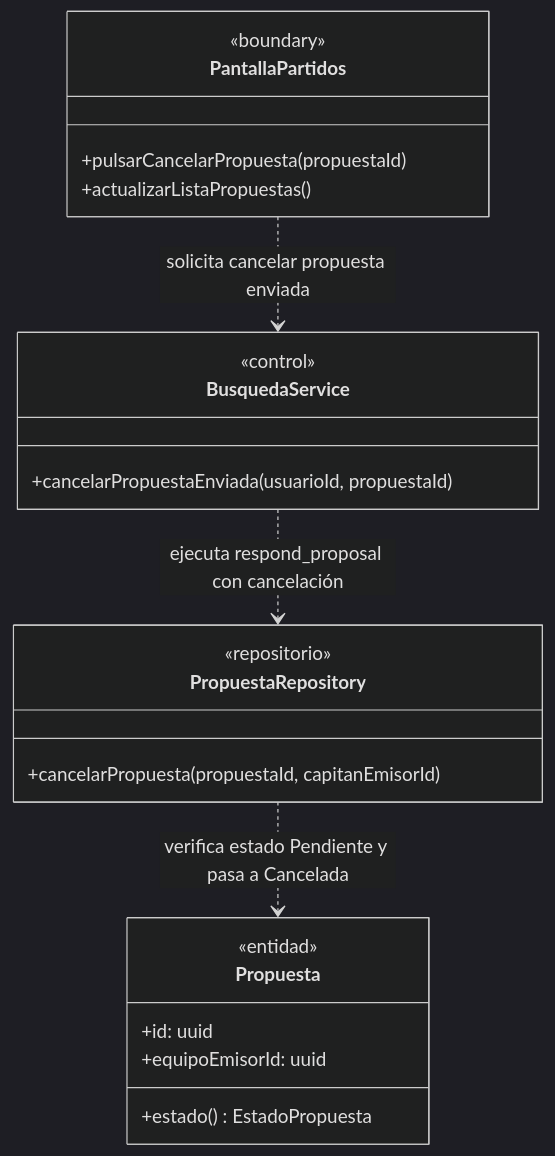
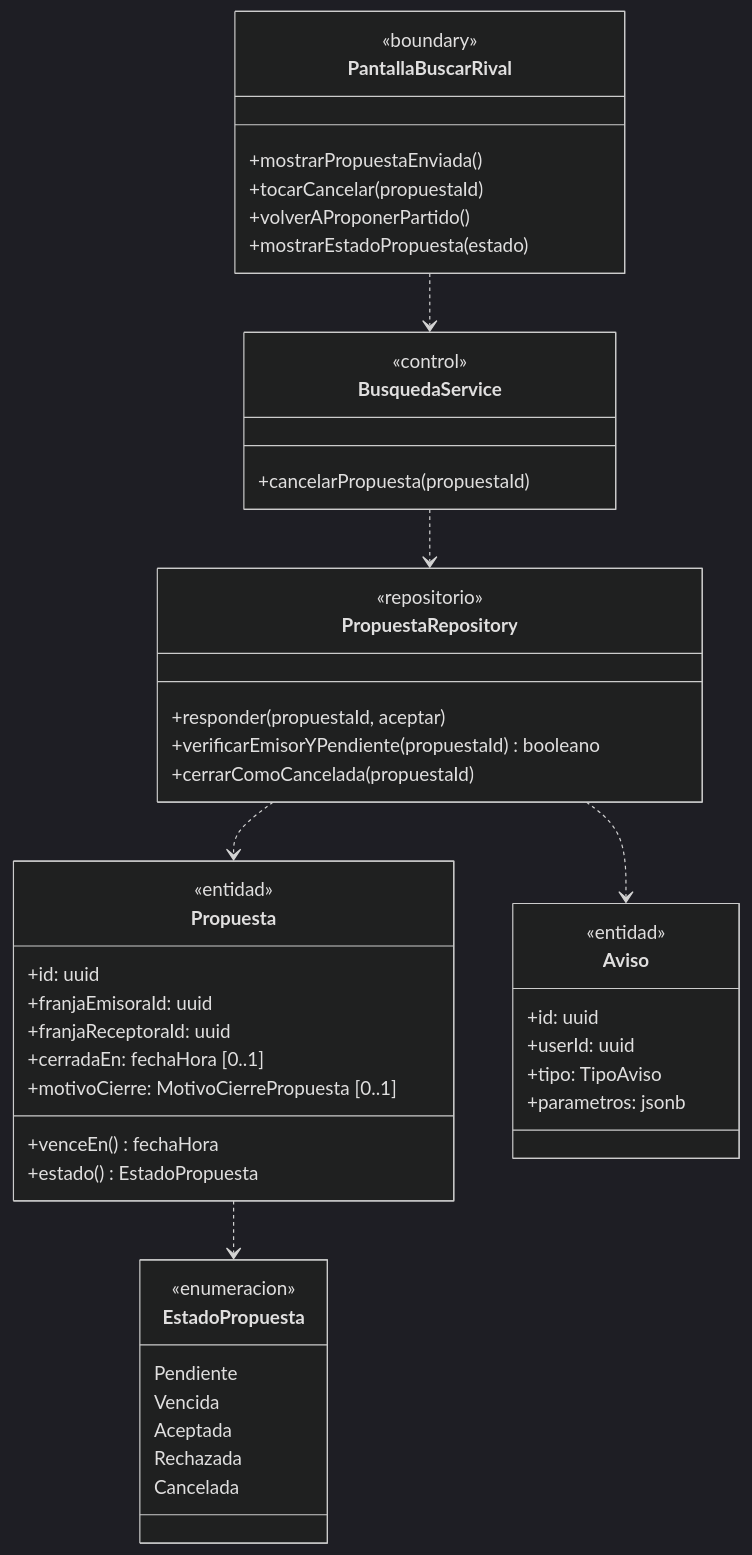
One commit to nicqletal/torneos-scraper changed the sixth of 15 diagrams in docs/diagramas-de-clase/partidos.md. Above: the diagram before and after it, drawn with Mermaid (dark theme). The commit also changed other lines of this file and 13 other files, not shown here.

````diff
--- a/docs/diagramas-de-clase/partidos.md
+++ b/docs/diagramas-de-clase/partidos.md
@@ -405,26 +501,50 @@
 ```mermaid
 classDiagram
-direction TB
-class PantallaPartidos {
+class PantallaBuscarRival {
   <<boundary>>
-  +pulsarCancelarPropuesta(propuestaId)
-  +actualizarListaPropuestas()
+  +mostrarPropuestaEnviada()
+  +tocarCancelar(propuestaId)
+  +volverAProponerPartido()
+  +mostrarEstadoPropuesta(estado)
 }
 class BusquedaService {
   <<control>>
-  +cancelarPropuestaEnviada(usuarioId, propuestaId)
+  +cancelarPropuesta(propuestaId)
 }
 class PropuestaRepository {
   <<repositorio>>
-  +cancelarPropuesta(propuestaId, capitanEmisorId)
+  +responder(propuestaId, aceptar)
+  +verificarEmisorYPendiente(propuestaId) booleano
+  +cerrarComoCancelada(propuestaId)
 }
 class Propuesta {
   <<entidad>>
   +id: uuid
-  +equipoEmisorId: uuid
+  +franjaEmisoraId: uuid
+  +franjaReceptoraId: uuid
+  +cerradaEn: fechaHora [0..1]
+  +motivoCierre: MotivoCierrePropuesta [0..1]
+  +venceEn() fechaHora
   +estado() EstadoPropuesta
 }
-PantallaPartidos ..> BusquedaService : solicita cancelar propuesta enviada
-BusquedaService ..> PropuestaRepository : ejecuta respond_proposal con cancelación
-PropuestaRepository ..> Propuesta : verifica estado Pendiente y pasa a Cancelada
+class Aviso {
+  <<entidad>>
+  +id: uuid
+  +userId: uuid
+  +tipo: TipoAviso
+  +parametros: jsonb
+}
+class EstadoPropuesta {
+  <<enumeracion>>
+  Pendiente
+  Vencida
+  Aceptada
+  Rechazada
+  Cancelada
+}
+PantallaBuscarRival ..> BusquedaService
+BusquedaService ..> PropuestaRepository
+PropuestaRepository ..> Propuesta
+PropuestaRepository ..> Aviso
+Propuesta ..> EstadoPropuesta
 ```
````
